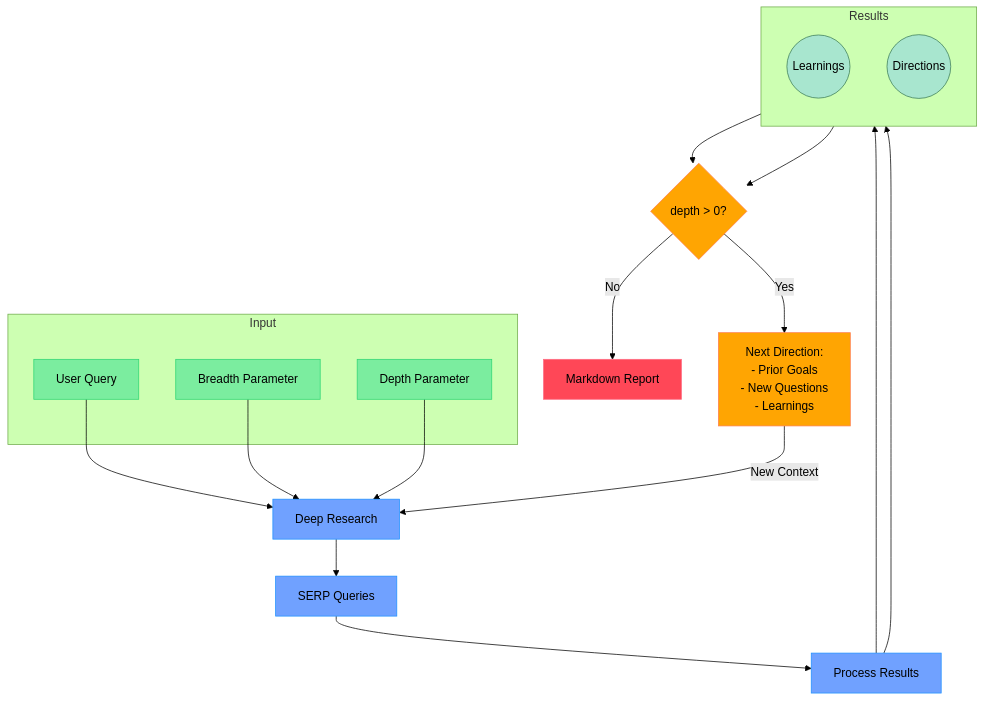
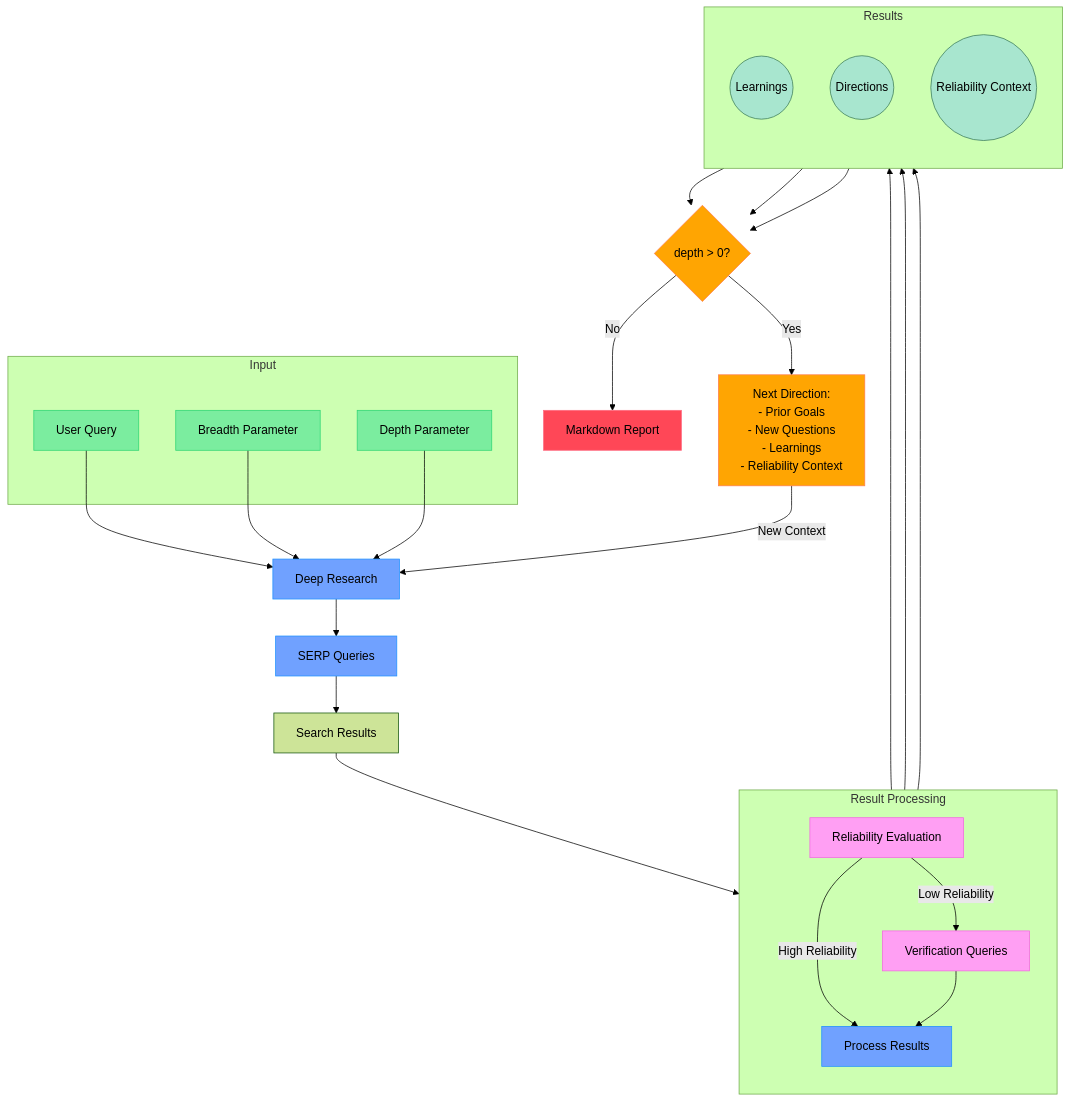
One commit to punctual26/deep-research-mcp changed the diagram in README.md. Above: the diagram before and after it, drawn with Mermaid (forest theme). The commit also changed other lines of this file, not shown here.

Commit message:
readme update

````diff
--- a/README.md
+++ b/README.md
@@ -45,56 +47,73 @@
 ```mermaid
 flowchart TB
     subgraph Input
         Q[User Query]
         B[Breadth Parameter]
         D[Depth Parameter]
     end
 
     DR[Deep Research] -->
     SQ[SERP Queries] -->
-    PR[Process Results]
+    SR[Search Results]
+
+    subgraph Processing[Result Processing]
+        direction TB
+        RE[Reliability Evaluation]
+        VQ[Verification Queries]
+        PR[Process Results]
+    end
+
+    SR --> RE
+    RE -->|Low Reliability| VQ
+    RE -->|High Reliability| PR
+    VQ --> PR
 
     subgraph Results[Results]
         direction TB
         NL((Learnings))
         ND((Directions))
+        RC((Reliability Context))
     end
 
     PR --> NL
     PR --> ND
+    PR --> RC
 
     DP{depth > 0?}
 
     RD["Next Direction:
     - Prior Goals
     - New Questions
-    - Learnings"]
+    - Learnings
+    - Reliability Context"]
 
     MR[Markdown Report]
 
     %% Main Flow
     Q & B & D --> DR
 
     %% Results to Decision
-    NL & ND --> DP
+    NL & ND & RC --> DP
 
     %% Circular Flow
     DP -->|Yes| RD
     RD -->|New Context| DR
 
     %% Final Output
     DP -->|No| MR
 
     %% Styling
     classDef input fill:#7bed9f,stroke:#2ed573,color:black
     classDef process fill:#70a1ff,stroke:#1e90ff,color:black
     classDef recursive fill:#ffa502,stroke:#ff7f50,color:black
     classDef output fill:#ff4757,stroke:#ff6b81,color:black
     classDef results fill:#a8e6cf,stroke:#3b7a57,color:black
+    classDef reliability fill:#ff9ff3,stroke:#f368e0,color:black
 
     class Q,B,D input
     class DR,SQ,PR process
     class DP,RD recursive
     class MR output
-    class NL,ND results
+    class NL,ND,RC results
+    class RE,VQ reliability
 ```
````
